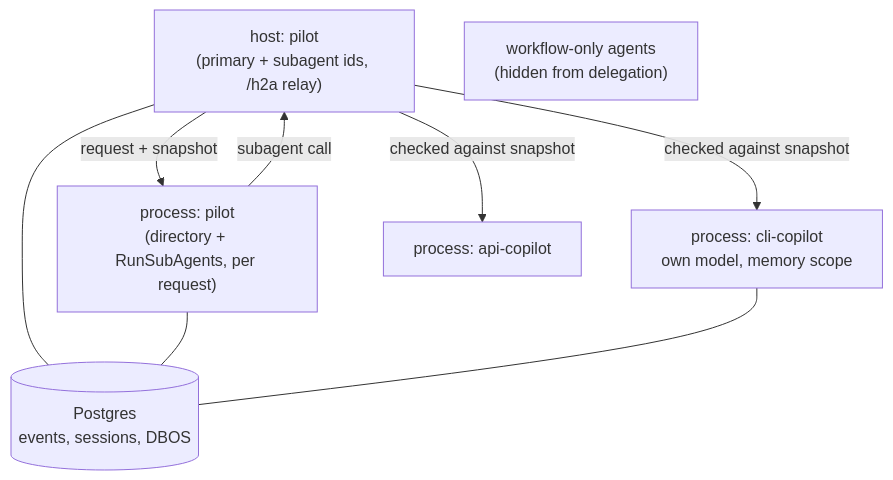
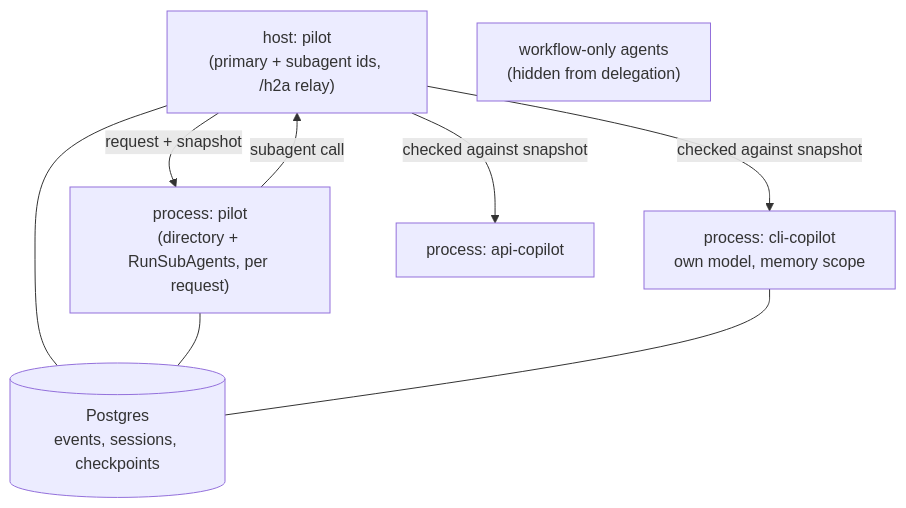
The diagram in docs/posts/composing-agents.md (imsid/mashpy), drawn with Mermaid before and after one commit. The commit also changed other lines of this file and 92 other files, not shown here.

````diff
--- a/docs/posts/composing-agents.md
+++ b/docs/posts/composing-agents.md
@@ -96,16 +96,16 @@
 ```mermaid
 flowchart TD
     H["host: pilot\n(primary + subagent ids, /h2a relay)"]
     P["process: pilot\n(directory + RunSubAgents, per request)"]
     A["process: cli-copilot\nown model, memory scope"]
     B["process: api-copilot"]
     W["workflow-only agents\n(hidden from delegation)"]
     H -- "request + snapshot" --> P
     P -- "subagent call" --> H
     H -- "checked against snapshot" --> A
     H -- "checked against snapshot" --> B
-    PG[("Postgres\nevents, sessions, DBOS")]
+    PG[("Postgres\nevents, sessions, checkpoints")]
     H --- PG
     P --- PG
     A --- PG
 ```
````
